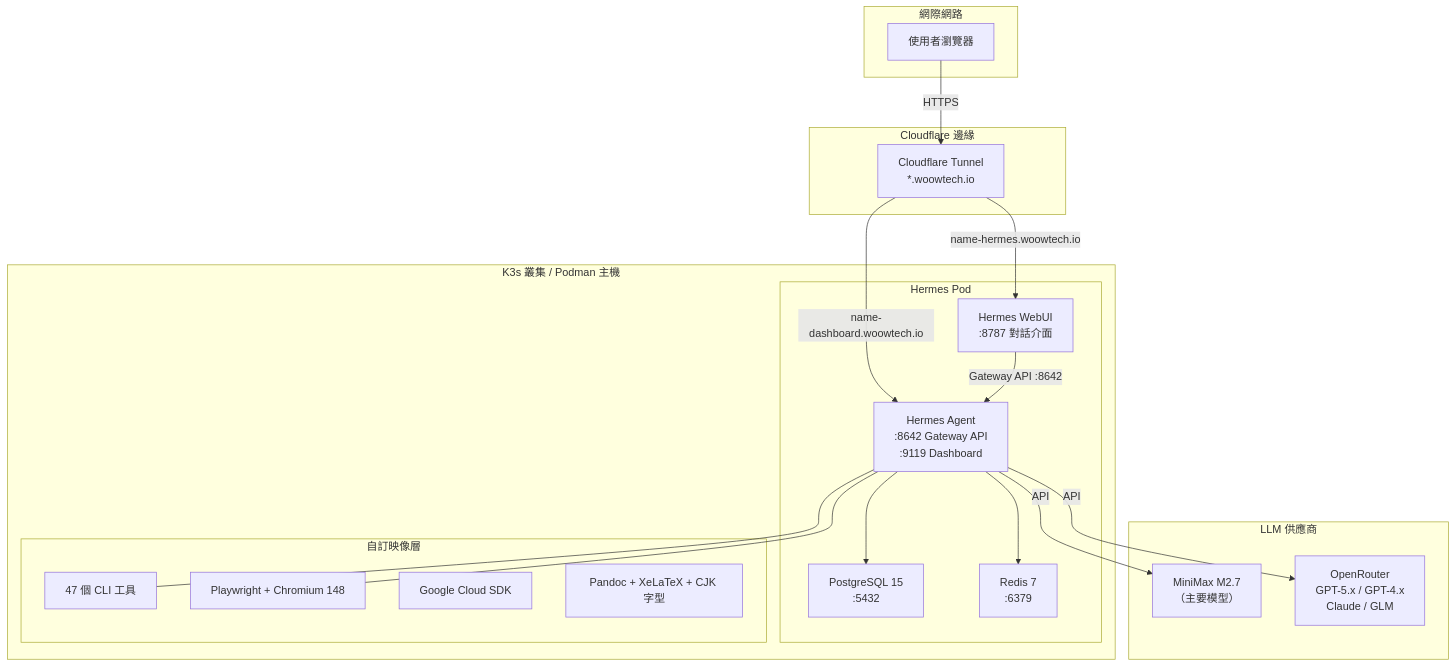
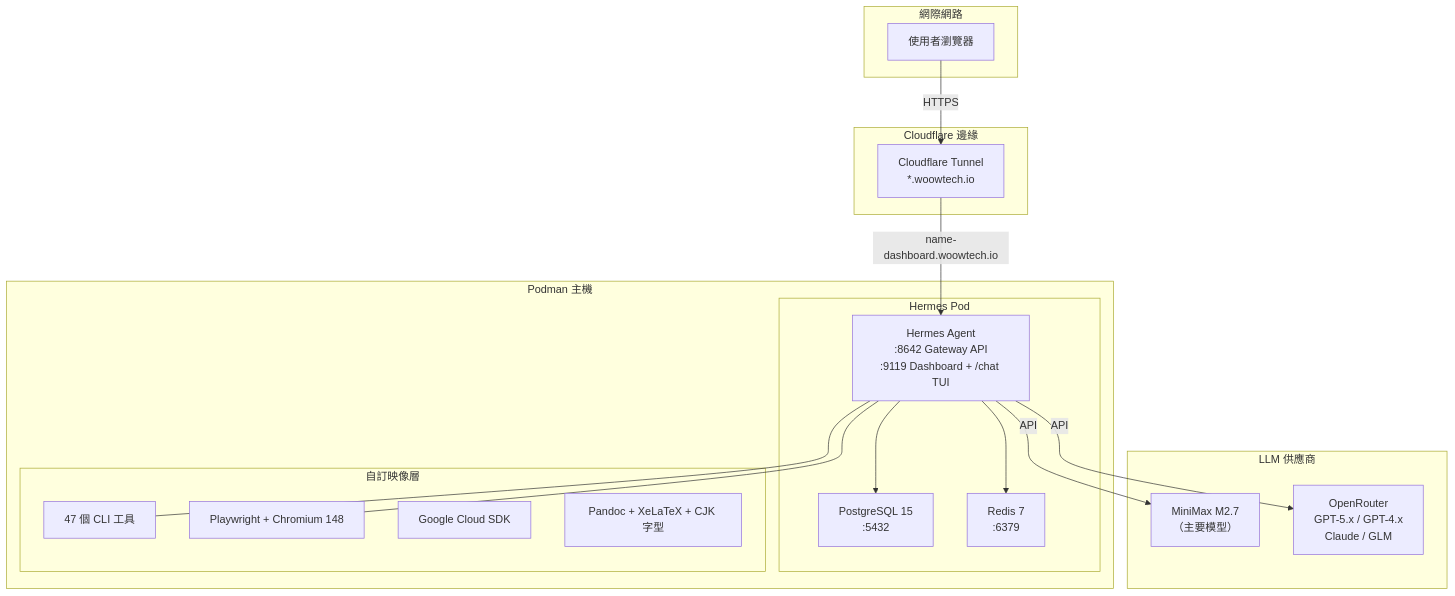
The first of 5 diagrams in README_zh-TW.md (WOOWTECH/Woow_podman_hermes), drawn with Mermaid before and after one commit. The commit also changed other lines of this file and 43 other files, not shown here.

First line of the commit message:
refactor(podman): remove hermes-webui service — v0.17.0 single-container

````diff
--- a/README_zh-TW.md
+++ b/README_zh-TW.md
@@ -115,42 +106,39 @@
 ```mermaid
 graph TB
     subgraph Internet["網際網路"]
         User["使用者瀏覽器"]
     end
 
     subgraph CF["Cloudflare 邊緣"]
         Tunnel["Cloudflare Tunnel<br/>*.woowtech.io"]
     end
 
-    subgraph Cluster["K3s 叢集 / Podman 主機"]
+    subgraph Cluster["Podman 主機"]
         subgraph Pod["Hermes Pod"]
-            WebUI["Hermes WebUI<br/>:8787 對話介面"]
-            Agent["Hermes Agent<br/>:8642 Gateway API<br/>:9119 Dashboard"]
+            Agent["Hermes Agent<br/>:8642 Gateway API<br/>:9119 Dashboard + /chat TUI"]
             PG["PostgreSQL 15<br/>:5432"]
             Redis["Redis 7<br/>:6379"]
         end
 
         subgraph Custom["自訂映像層"]
             CLI["47 個 CLI 工具"]
             PW["Playwright + Chromium 148"]
             GC["Google Cloud SDK"]
             Content["Pandoc + XeLaTeX + CJK 字型"]
         end
     end
 
     subgraph LLM["LLM 供應商"]
         MM["MiniMax M2.7<br/>（主要模型）"]
         OR["OpenRouter<br/>GPT-5.x / GPT-4.x<br/>Claude / GLM"]
     end
 
     User -->|HTTPS| Tunnel
-    Tunnel -->|"name-hermes.woowtech.io"| WebUI
     Tunnel -->|"name-dashboard.woowtech.io"| Agent
-    WebUI -->|Gateway API :8642| Agent
     Agent --> PG
     Agent --> Redis
     Agent -->|API| MM
     Agent -->|API| OR
     Agent --- CLI
     Agent --- PW
 ```
````
